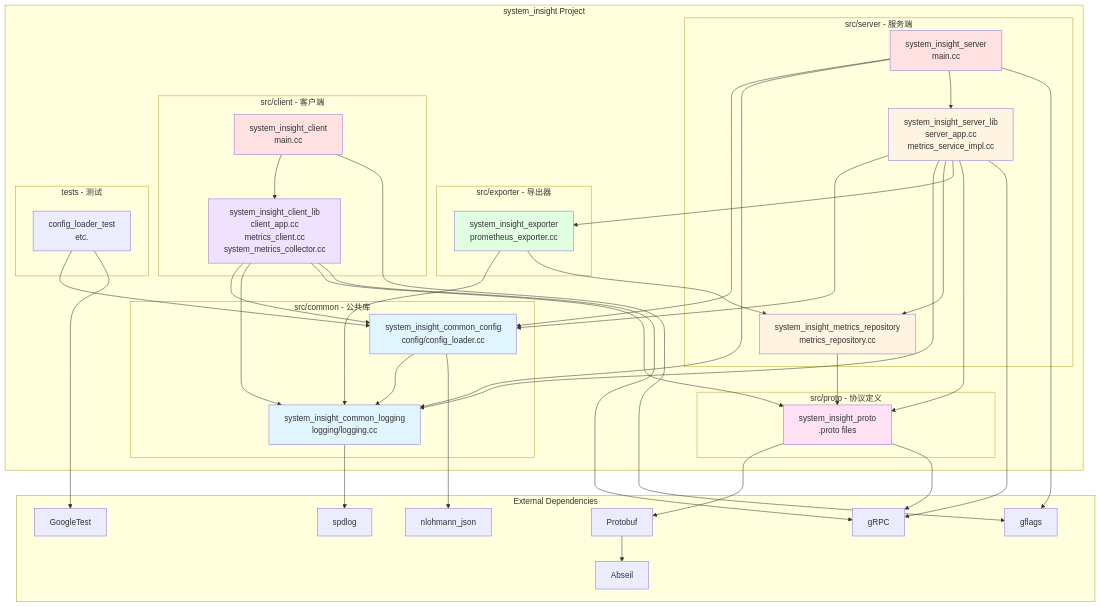
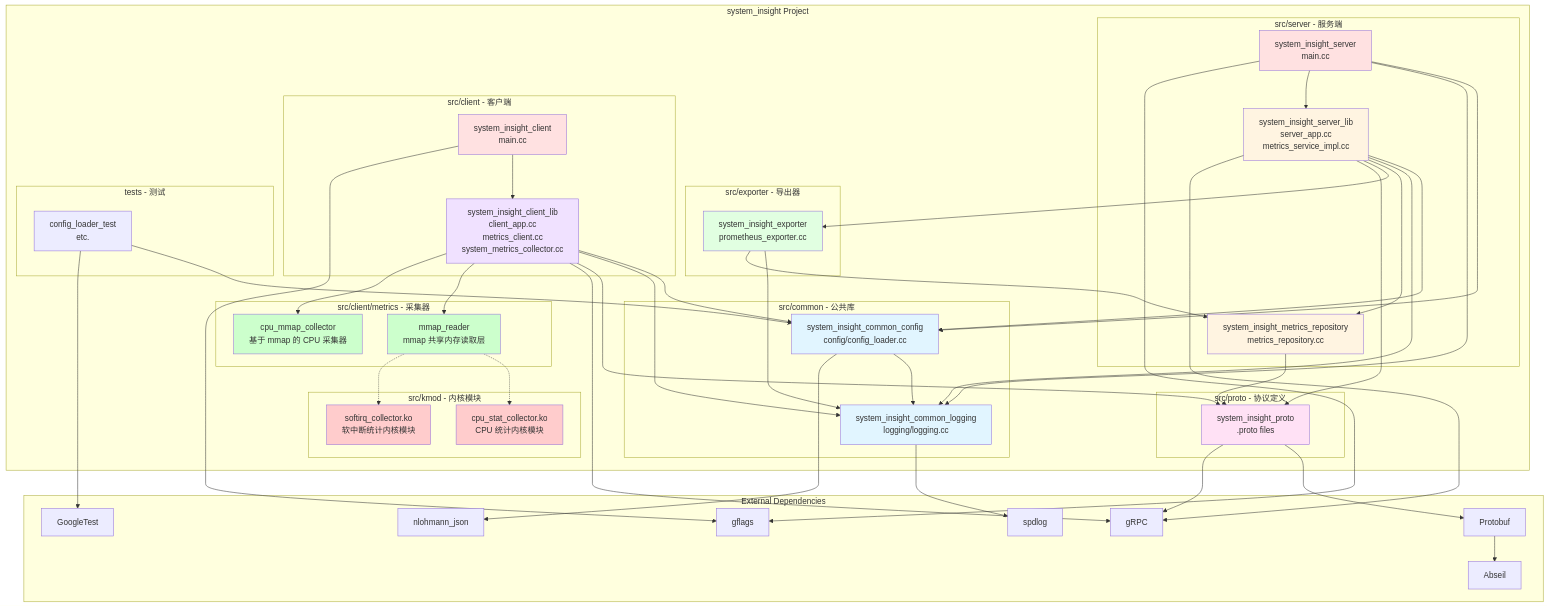
The first of 2 diagrams in architecture.md (Vitolearns/SystemInsight), drawn with Mermaid before and after one commit. The commit also changed other lines of this file and 25 other files, not shown here.

````diff
--- a/architecture.md
+++ b/architecture.md
@@ -37,6 +37,16 @@
         subgraph "src/client - 客户端"
             CLIENT_LIB[system_insight_client_lib<br/>client_app.cc<br/>metrics_client.cc<br/>system_metrics_collector.cc]
             CLIENT_EXE[system_insight_client<br/>main.cc]
+        end
+
+        subgraph "src/kmod - 内核模块"
+            KMOD_CPU[cpu_stat_collector.ko<br/>CPU 统计内核模块]
+            KMOD_SOFTIRQ[softirq_collector.ko<br/>软中断统计内核模块]
+        end
+
+        subgraph "src/client/metrics - 采集器"
+            MMAP_READER[mmap_reader<br/>mmap 共享内存读取层]
+            CPU_MMAP[cpu_mmap_collector<br/>基于 mmap 的 CPU 采集器]
         end
 
         subgraph "tests - 测试"
@@ -75,8 +85,14 @@
     CLIENT_LIB --> COMMON_LOGGING
     CLIENT_LIB --> PROTO
     CLIENT_LIB --> GRPC
+    CLIENT_LIB --> MMAP_READER
+    CLIENT_LIB --> CPU_MMAP
     CLIENT_EXE --> CLIENT_LIB
     CLIENT_EXE --> GFLAGS
+
+    %% Kmod dependencies
+    MMAP_READER -.-> KMOD_CPU
+    MMAP_READER -.-> KMOD_SOFTIRQ
 
     %% Test dependencies
     TESTS --> COMMON_CONFIG
@@ -94,4 +110,8 @@
     style CLIENT_LIB fill:#f0e1ff
     style CLIENT_EXE fill:#ffe1e1
     style PROTO fill:#ffe1f5
+    style KMOD_CPU fill:#ffcccc
+    style KMOD_SOFTIRQ fill:#ffcccc
+    style MMAP_READER fill:#ccffcc
+    style CPU_MMAP fill:#ccffcc
 ```
````
